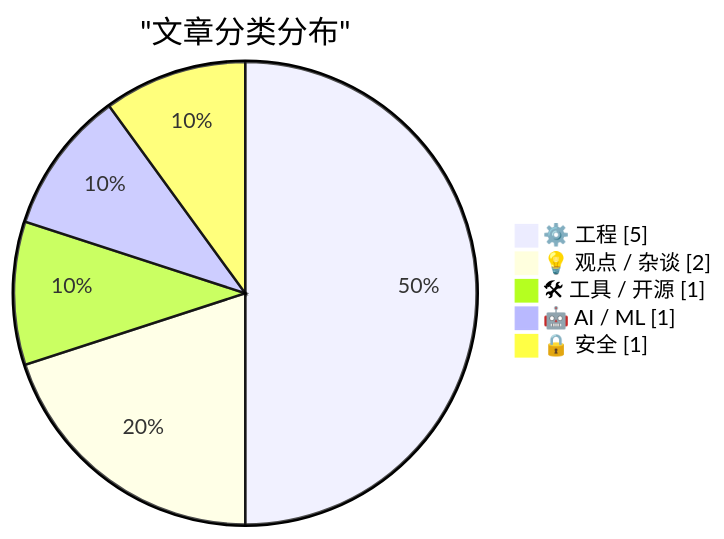
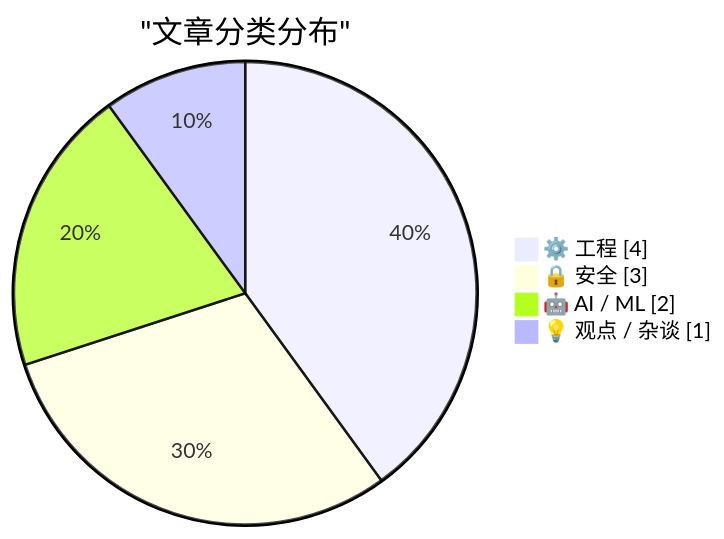
One commit to originem0/SZBlog changed the first of 2 diagrams in content/ai-daily/2026-03-20.md. Above: the diagram before and after it, drawn with Mermaid. The commit also changed other lines of this file, not shown here.

````diff
--- a/content/ai-daily/2026-03-20.md
+++ b/content/ai-daily/2026-03-20.md
@@ -57,9 +56,8 @@
 ```mermaid
 pie showData
     title "文章分类分布"
-    "⚙️ 工程" : 5
-    "💡 观点 / 杂谈" : 2
-    "🛠 工具 / 开源" : 1
-    "🤖 AI / ML" : 1
-    "🔒 安全" : 1
+    "⚙️ 工程" : 4
+    "🔒 安全" : 3
+    "🤖 AI / ML" : 2
+    "💡 观点 / 杂谈" : 1
 ```
````
